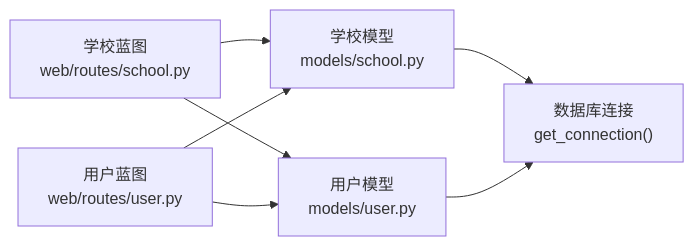
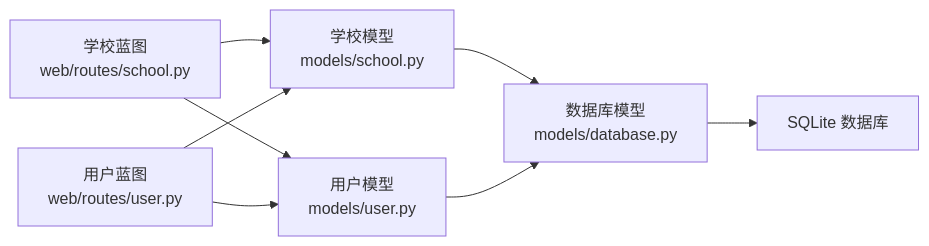
One commit to oreovan567-pixel/middle-platform-data-collector changed the seventh of 7 diagrams in .qoder/repowiki/zh/content/Web应用/路由系统/学校管理路由.md. Above: the diagram before and after it, drawn with Mermaid. The commit also changed other lines of this file and 11 other files, not shown here.

````diff
--- a/.qoder/repowiki/zh/content/Web应用/路由系统/学校管理路由.md
+++ b/.qoder/repowiki/zh/content/Web应用/路由系统/学校管理路由.md
@@ -274,9 +335,10 @@
 ```mermaid
 graph LR
 SCHOOL_BP["学校蓝图<br/>web/routes/school.py"] --> SCHOOL_MODEL["学校模型<br/>models/school.py"]
 SCHOOL_BP --> USER_MODEL["用户模型<br/>models/user.py"]
 USER_BP["用户蓝图<br/>web/routes/user.py"] --> SCHOOL_MODEL
 USER_BP --> USER_MODEL
-SCHOOL_MODEL --> DB["数据库连接<br/>get_connection()"]
-USER_MODEL --> DB
+SCHOOL_MODEL --> DB_MODEL["数据库模型<br/>models/database.py"]
+USER_MODEL --> DB_MODEL
+DB_MODEL --> DB["SQLite 数据库"]
 ```
````
